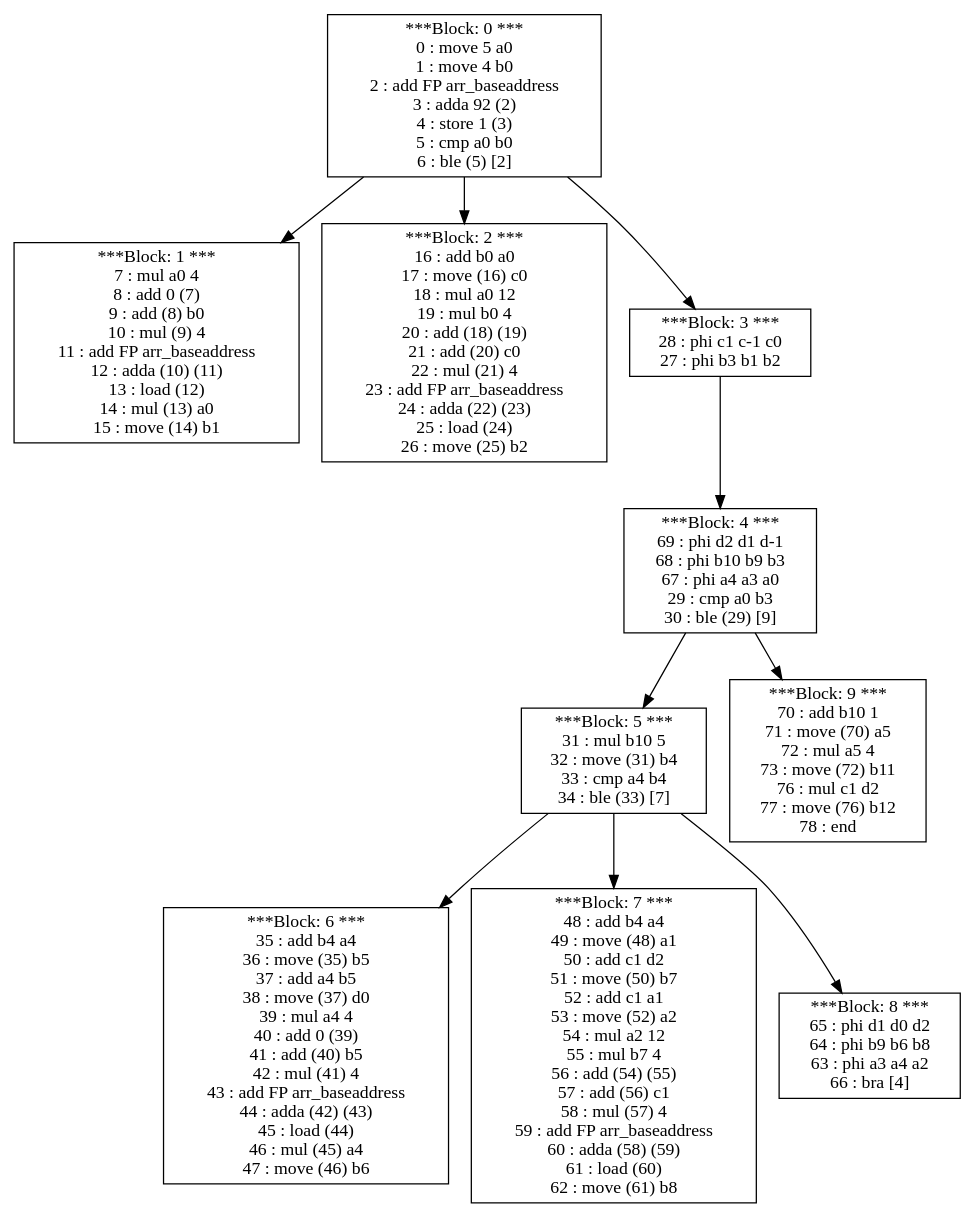
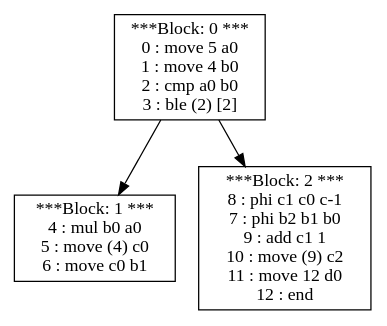
The diagram in src/Display/domTreeDotOutput1.gv (vigneshjathavara/PL241-Compiler), drawn with Graphviz before and after one commit. The commit also changed 14 other files, not shown here.

```diff
--- a/src/Display/domTreeDotOutput1.gv
+++ b/src/Display/domTreeDotOutput1.gv
@@ -1,22 +1,8 @@
 digraph structs {
-0 [shape=record,label="***Block: 0 ***\n0 : move 5 a0 \n1 : move 4 b0 \n2 : add FP arr_baseaddress \n3 : adda 92 (2) \n4 : store 1 (3) \n5 : cmp a0 b0 \n6 : ble (5) [2]\n"]
-1 [shape=record,label="***Block: 1 ***\n7 : mul a0 4 \n8 : add 0 (7) \n9 : add (8) b0 \n10 : mul (9) 4 \n11 : add FP arr_baseaddress \n12 : adda (10) (11) \n13 : load (12) \n14 : mul (13) a0 \n15 : move (14) b1 \n"]
-2 [shape=record,label="***Block: 2 ***\n16 : add b0 a0 \n17 : move (16) c0 \n18 : mul a0 12 \n19 : mul b0 4 \n20 : add (18) (19) \n21 : add (20) c0 \n22 : mul (21) 4 \n23 : add FP arr_baseaddress \n24 : adda (22) (23) \n25 : load (24) \n26 : move (25) b2 \n"]
-3 [shape=record,label="***Block: 3 ***\n28 : phi c1 c-1 c0 \n27 : phi b3 b1 b2 \n"]
-4 [shape=record,label="***Block: 4 ***\n69 : phi d2 d1 d-1 \n68 : phi b10 b9 b3 \n67 : phi a4 a3 a0 \n29 : cmp a0 b3 \n30 : ble (29) [9]\n"]
-5 [shape=record,label="***Block: 5 ***\n31 : mul b10 5 \n32 : move (31) b4 \n33 : cmp a4 b4 \n34 : ble (33) [7]\n"]
-6 [shape=record,label="***Block: 6 ***\n35 : add b4 a4 \n36 : move (35) b5 \n37 : add a4 b5 \n38 : move (37) d0 \n39 : mul a4 4 \n40 : add 0 (39) \n41 : add (40) b5 \n42 : mul (41) 4 \n43 : add FP arr_baseaddress \n44 : adda (42) (43) \n45 : load (44) \n46 : mul (45) a4 \n47 : move (46) b6 \n"]
-7 [shape=record,label="***Block: 7 ***\n48 : add b4 a4 \n49 : move (48) a1 \n50 : add c1 d2 \n51 : move (50) b7 \n52 : add c1 a1 \n53 : move (52) a2 \n54 : mul a2 12 \n55 : mul b7 4 \n56 : add (54) (55) \n57 : add (56) c1 \n58 : mul (57) 4 \n59 : add FP arr_baseaddress \n60 : adda (58) (59) \n61 : load (60) \n62 : move (61) b8 \n"]
-8 [shape=record,label="***Block: 8 ***\n65 : phi d1 d0 d2 \n64 : phi b9 b6 b8 \n63 : phi a3 a4 a2 \n66 : bra [4]\n"]
-9 [shape=record,label="***Block: 9 ***\n70 : add b10 1 \n71 : move (70) a5 \n72 : mul a5 4 \n73 : move (72) b11 \n76 : mul c1 d2 \n77 : move (76) b12 \n78 : end \n"]
+0 [shape=record,label="***Block: 0 ***\n0 : move 5 a0 \n1 : move 4 b0 \n2 : cmp a0 b0 \n3 : ble (2) [2]\n"]
+1 [shape=record,label="***Block: 1 ***\n4 : mul b0 a0 \n5 : move (4) c0 \n6 : move c0 b1 \n"]
+2 [shape=record,label="***Block: 2 ***\n8 : phi c1 c0 c-1 \n7 : phi b2 b1 b0 \n9 : add c1 1 \n10 : move (9) c2 \n11 : move 12 d0 \n12 : end \n"]
 0 -> 1;
 0 -> 2;
-0 -> 3;
-3 -> 4;
-4 -> 5;
-5 -> 6;
-5 -> 7;
-5 -> 8;
-4 -> 9;
 
 }
```
